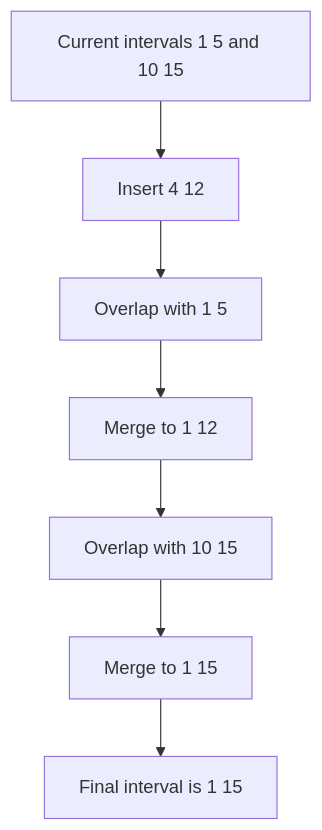
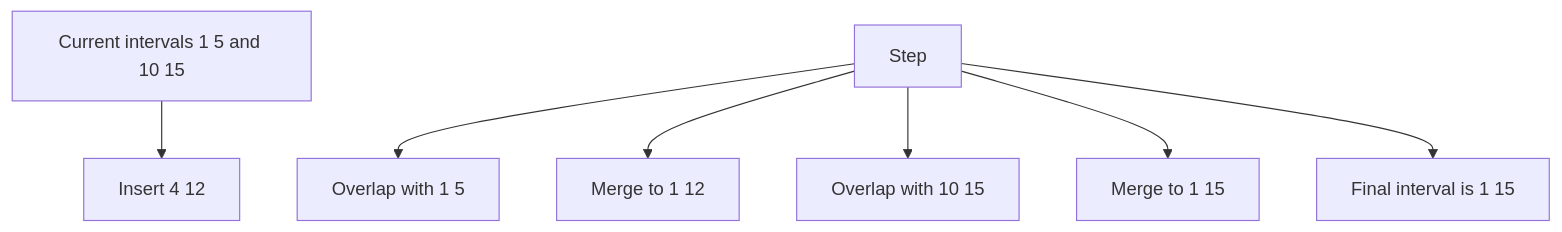
Diagram 14 of 35 in CP_DSA_NOTES/001_TOPIC_WISE/001_STL_RANGE_QUERY_SWEEPLINE.md (mthaiseer/springcloud-systemdesign-notes), drawn with Mermaid before and after one commit. The commit also changed other lines of this file and 1 other file, not shown here.

````diff
--- a/CP_DSA_NOTES/001_TOPIC_WISE/001_STL_RANGE_QUERY_SWEEPLINE.md
+++ b/CP_DSA_NOTES/001_TOPIC_WISE/001_STL_RANGE_QUERY_SWEEPLINE.md
@@ -1019,9 +1019,9 @@
 ```mermaid
 flowchart TD
-    A["Current intervals 1 5 and 10 15"] --> B["Insert 4 12"]
-    B --> C["Overlap with 1 5"]
-    C --> D["Merge to 1 12"]
-    D --> E["Overlap with 10 15"]
-    E --> F["Merge to 1 15"]
-    F --> G["Final interval is 1 15"]
+    N1["Current intervals 1 5 and 10 15"] --> N2["Insert 4 12"]
+    N3["Step"] --> N4["Overlap with 1 5"]
+    N3["Step"] --> N5["Merge to 1 12"]
+    N3["Step"] --> N6["Overlap with 10 15"]
+    N3["Step"] --> N7["Merge to 1 15"]
+    N3["Step"] --> N8["Final interval is 1 15"]
 ```
````
